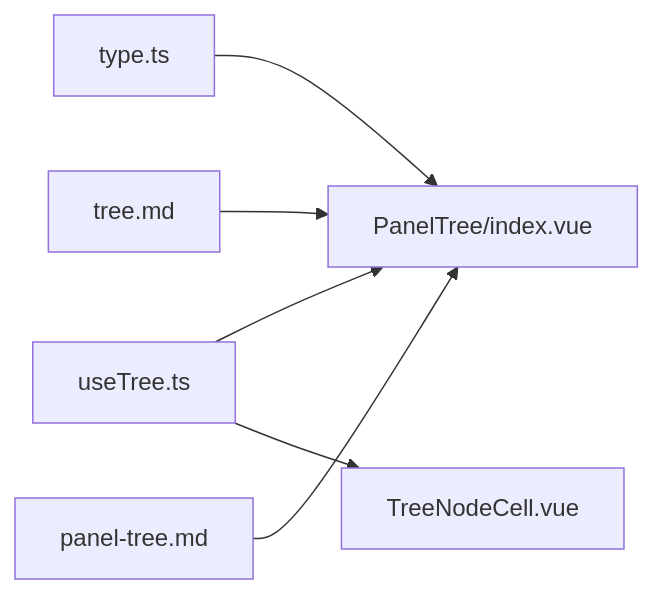
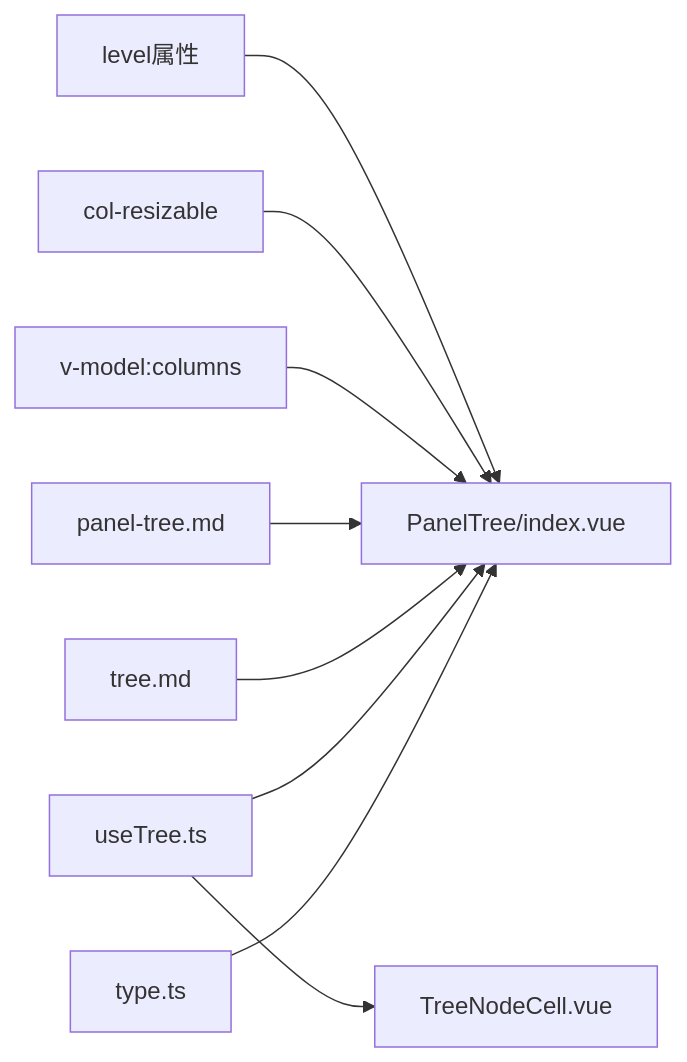
Before and after one commit to ja-plus/stk-table-vue: the fifth of 5 diagrams in .qoder/repowiki/zh/content/示例演示/面板树示例.md, drawn with Mermaid. The commit also changed other lines of this file and 19 other files, not shown here.

````diff
--- a/.qoder/repowiki/zh/content/示例演示/面板树示例.md
+++ b/.qoder/repowiki/zh/content/示例演示/面板树示例.md
@@ -188,8 +257,11 @@
 ```mermaid
 graph LR
 Type["type.ts"] --> Panel["PanelTree/index.vue"]
 UseTree["useTree.ts"] --> Panel
 UseTree --> Cell["TreeNodeCell.vue"]
 Doc1["tree.md"] --> Panel
 Doc2["panel-tree.md"] --> Panel
+DynamicCols["v-model:columns"] --> Panel
+Resizable["col-resizable"] --> Panel
+LevelProp["level属性"] --> Panel
 ```
````
